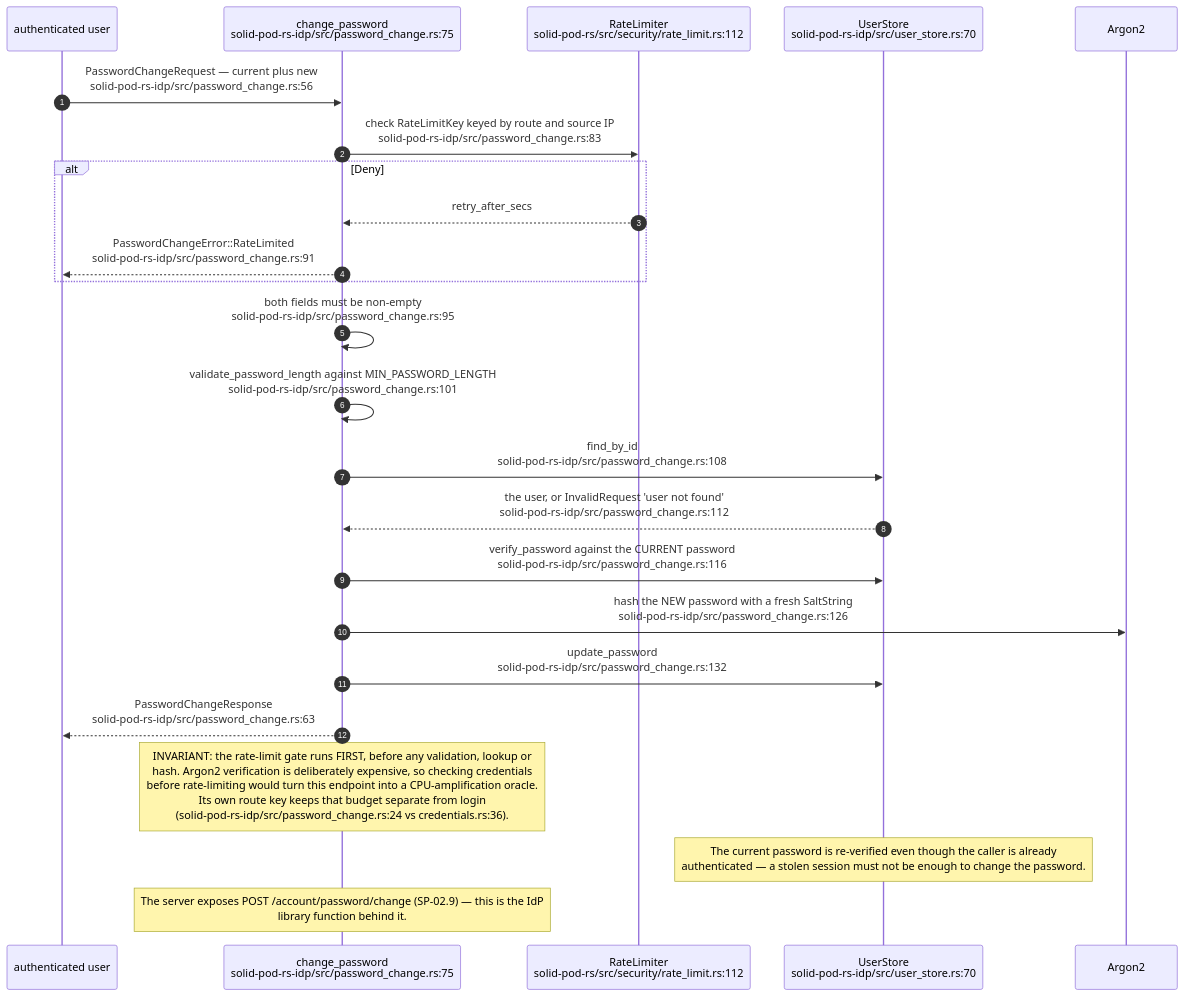
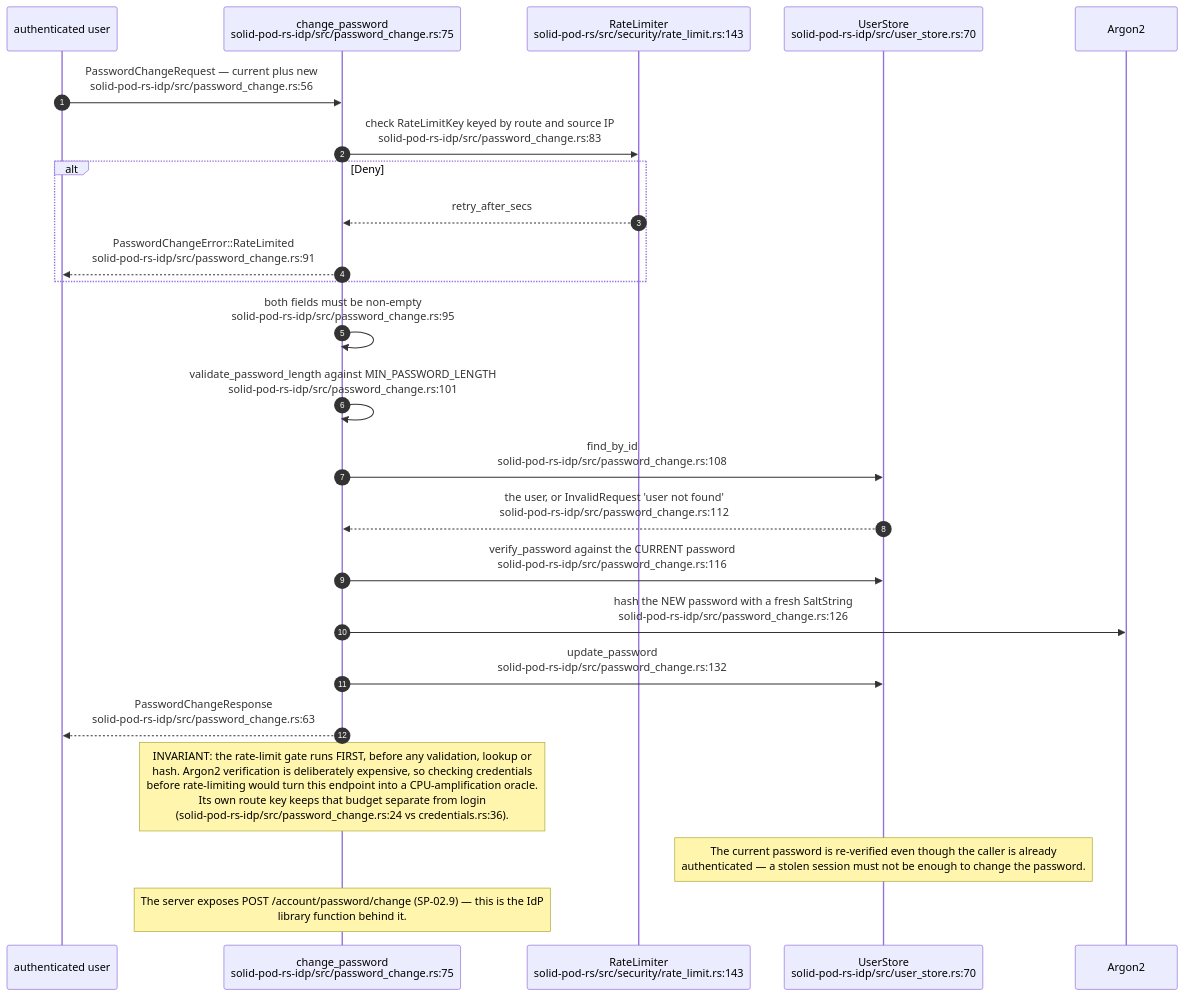
Before and after one commit to DreamLab-AI/VisionFlow: diagram 17 of 18 in docs/diagrams/solid-pod-rs/05-identity-nip98-did-oidc.md, drawn with Mermaid. The commit also changed other lines of this file and 145 other files, not shown here.

````diff
--- a/docs/diagrams/solid-pod-rs/05-identity-nip98-did-oidc.md
+++ b/docs/diagrams/solid-pod-rs/05-identity-nip98-did-oidc.md
@@ -521,28 +521,28 @@
 ```mermaid
 sequenceDiagram
     autonumber
     participant C as authenticated user
     participant P as change_password<br/>solid-pod-rs-idp/src/password_change.rs:75
-    participant L as RateLimiter<br/>solid-pod-rs/src/security/rate_limit.rs:112
+    participant L as RateLimiter<br/>solid-pod-rs/src/security/rate_limit.rs:143
     participant U as UserStore<br/>solid-pod-rs-idp/src/user_store.rs:70
     participant A as Argon2
 
     C->>P: PasswordChangeRequest — current plus new<br/>solid-pod-rs-idp/src/password_change.rs:56
     P->>L: check RateLimitKey keyed by route and source IP<br/>solid-pod-rs-idp/src/password_change.rs:83
     alt Deny
         L-->>P: retry_after_secs
         P-->>C: PasswordChangeError::RateLimited<br/>solid-pod-rs-idp/src/password_change.rs:91
     end
     P->>P: both fields must be non-empty<br/>solid-pod-rs-idp/src/password_change.rs:95
     P->>P: validate_password_length against MIN_PASSWORD_LENGTH<br/>solid-pod-rs-idp/src/password_change.rs:101
     P->>U: find_by_id<br/>solid-pod-rs-idp/src/password_change.rs:108
     U-->>P: the user, or InvalidRequest 'user not found'<br/>solid-pod-rs-idp/src/password_change.rs:112
     P->>U: verify_password against the CURRENT password<br/>solid-pod-rs-idp/src/password_change.rs:116
     P->>A: hash the NEW password with a fresh SaltString<br/>solid-pod-rs-idp/src/password_change.rs:126
     P->>U: update_password<br/>solid-pod-rs-idp/src/password_change.rs:132
     P-->>C: PasswordChangeResponse<br/>solid-pod-rs-idp/src/password_change.rs:63
 
     Note over P: INVARIANT: the rate-limit gate runs FIRST, before any validation, lookup or<br/>hash. Argon2 verification is deliberately expensive, so checking credentials<br/>before rate-limiting would turn this endpoint into a CPU-amplification oracle.<br/>Its own route key keeps that budget separate from login<br/>(solid-pod-rs-idp/src/password_change.rs:24 vs credentials.rs:36).
     Note over U: The current password is re-verified even though the caller is already<br/>authenticated — a stolen session must not be enough to change the password.
     Note over P: The server exposes POST /account/password/change (SP-02.9) — this is the IdP<br/>library function behind it.
 ```
````
